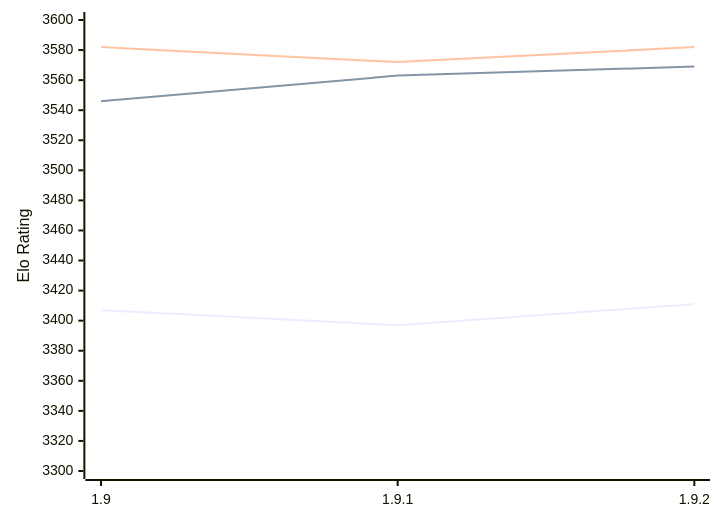
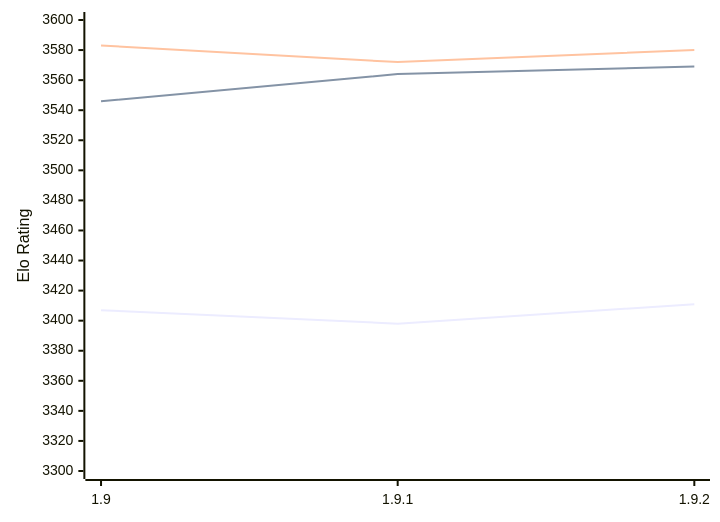
The diagram in engines/Pawnocchio.md (computer-chess-index/cci), drawn with Mermaid before and after one commit. The commit also changed other lines of this file, not shown here.

Commit message:
Update CCI Ratings (ELO VLTC) - 2026-02-13

````diff
--- a/engines/Pawnocchio.md
+++ b/engines/Pawnocchio.md
@@ -45,9 +45,9 @@
 ```mermaid
 %%{init: {"theme":"base","themeVariables":{"seriesColors:['#a3a3a3','#222221','#faa371']}}}%%
 xychart-beta
   x-axis ["1.9", "1.9.1", "1.9.2"]
   y-axis "Elo Rating" 3300 --> 3600
-  line "STC (8.0+0.08s)" [3407, 3397, 3411]
-  line "LTC (60.0+0.60s)" [3546, 3563, 3569]
-  line "VLTC (2m24s+1.12s)" [3582, 3572, 3582]
+  line "STC (8.0+0.08s)" [3407, 3398, 3411]
+  line "LTC (60.0+0.60s)" [3546, 3564, 3569]
+  line "VLTC (2m24s+1.12s)" [3583, 3572, 3580]
 ```
````
